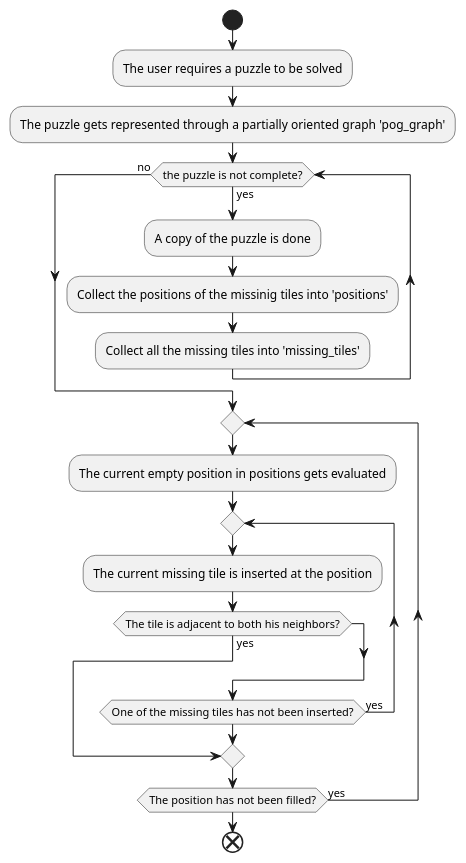
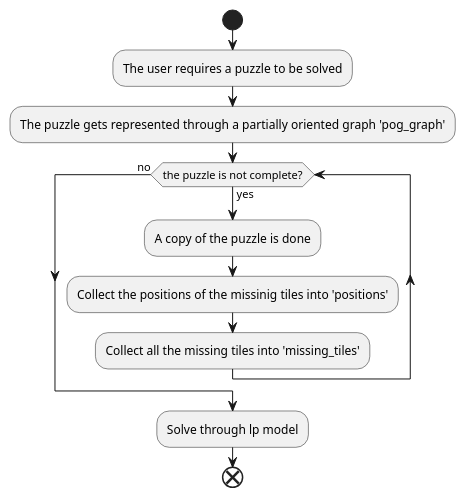
Before and after one commit to DominoOrg/domino-core: the diagram in plant_uml/solve_activity.puml, drawn with PlantUML. The commit also changed 8 other files, not shown here.

Commit message:
Improved solve performances replacing brute force implementation with lp one and bumped version

```diff
--- a/plant_uml/solve_activity.puml
+++ b/plant_uml/solve_activity.puml
@@ -1,20 +1,21 @@
 @startuml solve_activity
 start
 :The user requires a puzzle to be solved;
 :The puzzle gets represented through a partially oriented graph 'pog_graph';
-while (the puzzle is not complete?) is (yes) 
+while (the puzzle is not complete?) is (yes)
     :A copy of the puzzle is done;
     :Collect the positions of the missinig tiles into 'positions';
     :Collect all the missing tiles into 'missing_tiles';
 endwhile (no)
-repeat
-:The current empty position in positions gets evaluated;
-    repeat
-    :The current missing tile is inserted at the position;
-    if (The tile is adjacent to both his neighbors?) is (yes) then
-        break
-    endif
-    repeat while (One of the missing tiles has not been inserted?) is (yes)
-repeat while (The position has not been filled?) is (yes)
+:Solve through lp model;
+' repeat
+' :The current empty position in positions gets evaluated;
+'     repeat
+'     :The current missing tile is inserted at the position;
+'     if (The tile is adjacent to both his neighbors?) is (yes) then
+'         break
+'     endif
+'     repeat while (One of the missing tiles has not been inserted?) is (yes)
+' repeat while (The position has not been filled?) is (yes)
 end
 @enduml
```
